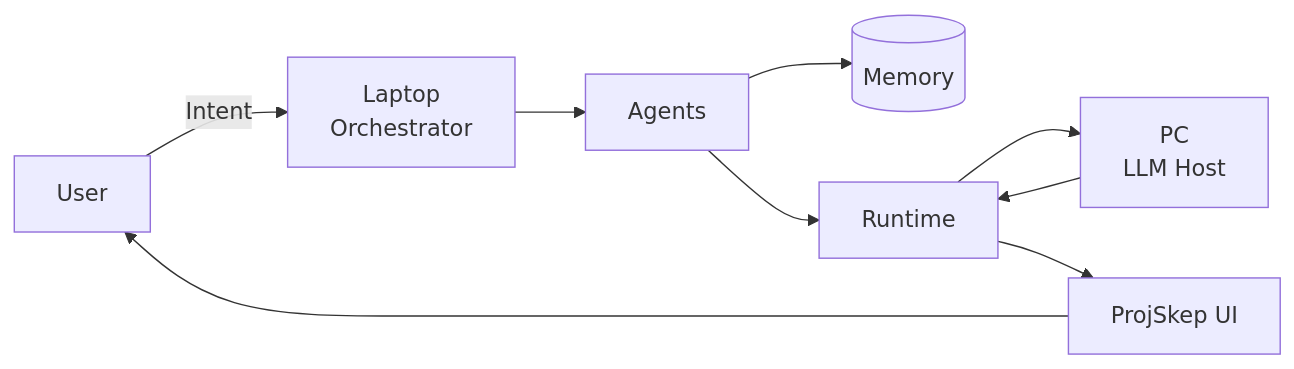
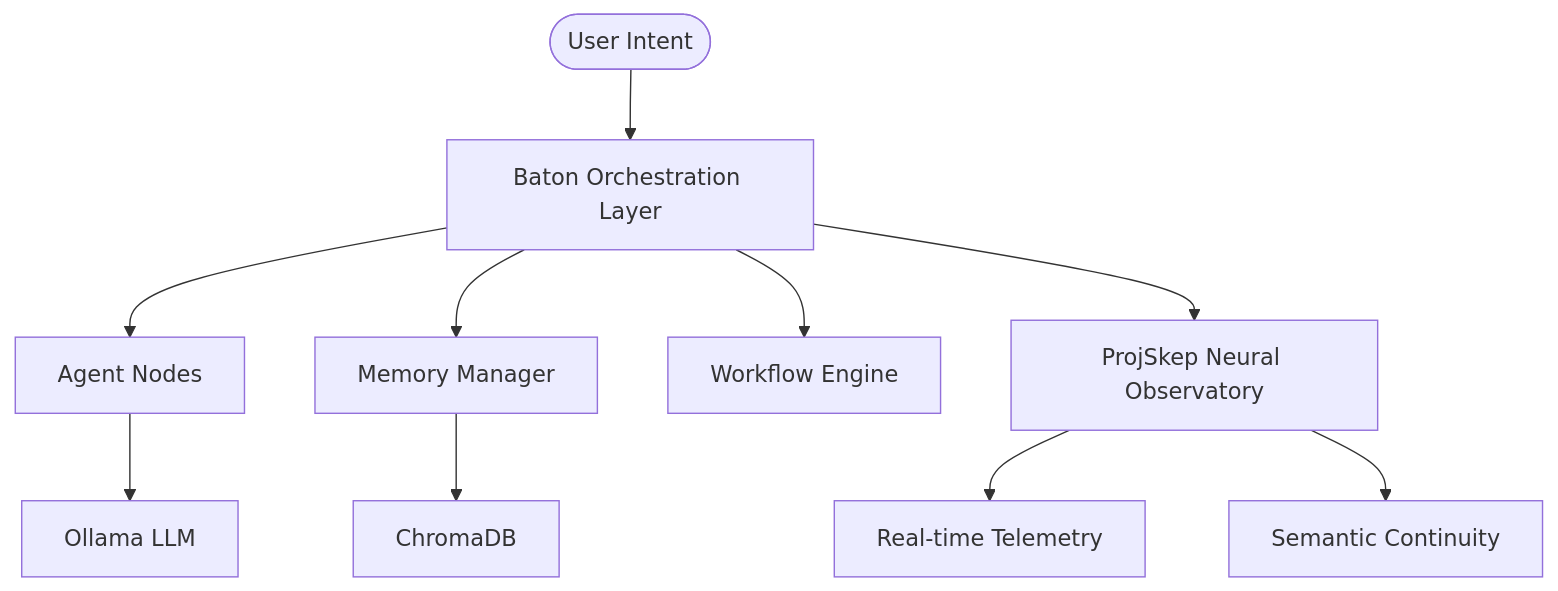
One commit to swappy-ops/baton changed the first of 3 diagrams in README.md. Above: the diagram before and after it, drawn with Mermaid. The commit also changed other lines of this file, not shown here.

Commit message:
readme: merge old philosophy + diagrams with new project structure

````diff
--- a/README.md
+++ b/README.md
@@ -29,20 +29,12 @@
 ```mermaid
-flowchart LR
-
-U[User]
-L[Laptop<br/>Orchestrator]
-A[Agents]
-M[(Memory)]
-R[Runtime]
-P[PC<br/>LLM Host]
-UI[ProjSkep UI]
-
-U -->|Intent| L
-L --> A
-A --> M
-A --> R
-R --> P
-P --> R
-R --> UI
-UI --> U
+graph TD
+    User([User Intent]) --> Baton[Baton Orchestration Layer]
+    Baton --> Agents[Agent Nodes]
+    Baton --> Memory[Memory Manager]
+    Baton --> Workflows[Workflow Engine]
+    Baton --> ProjSkep[ProjSkep Neural Observatory]
+    Agents --> Ollama[Ollama LLM]
+    Memory --> ChromaDB[ChromaDB]
+    ProjSkep --> Telemetry[Real-time Telemetry]
+    ProjSkep --> SemanticContinuity[Semantic Continuity]
 ```
````
